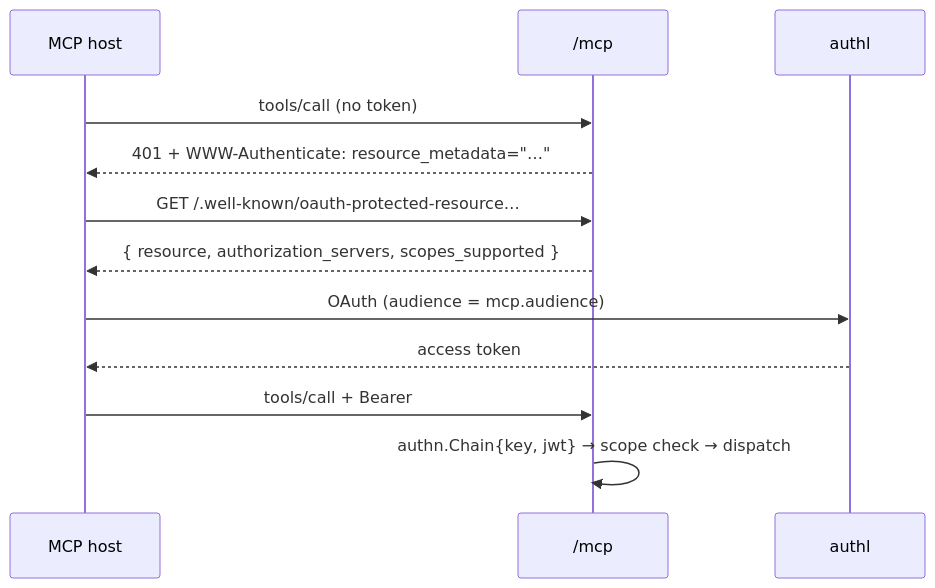
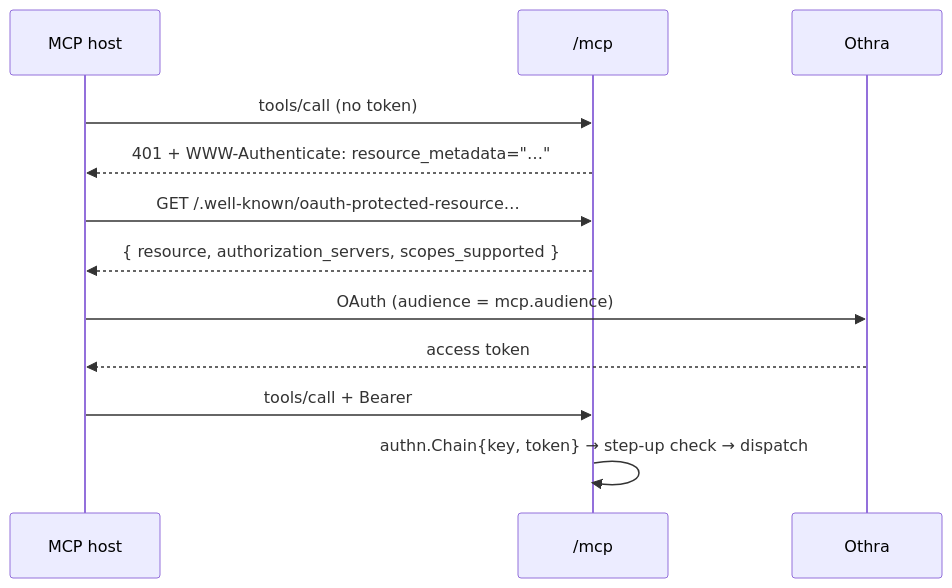
Before and after one commit to altalune-id/yasaku: the diagram in docs/mcp/README.md, drawn with Mermaid. The commit also changed other lines of this file and 132 other files, not shown here.

````diff
--- a/docs/mcp/README.md
+++ b/docs/mcp/README.md
@@ -57,14 +58,14 @@
 ```mermaid
 sequenceDiagram
   participant H as MCP host
   participant S as /mcp
-  participant A as authl
+  participant A as Othra
   H->>S: tools/call (no token)
   S-->>H: 401 + WWW-Authenticate: resource_metadata="…"
   H->>S: GET /.well-known/oauth-protected-resource…
   S-->>H: { resource, authorization_servers, scopes_supported }
   H->>A: OAuth (audience = mcp.audience)
   A-->>H: access token
   H->>S: tools/call + Bearer
-  S->>S: authn.Chain{key, jwt} → scope check → dispatch
+  S->>S: authn.Chain{key, token} → step-up check → dispatch
 ```
````
